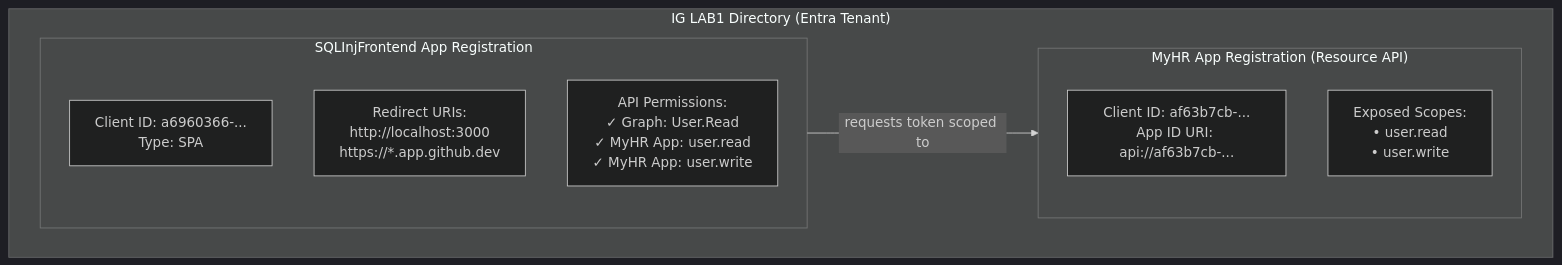
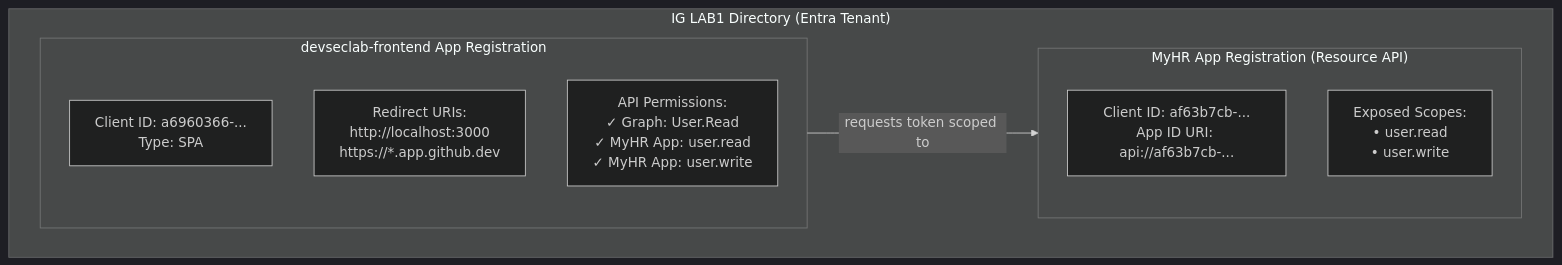
Before and after one commit to igorgroz/SQLInjectionLab: the seventh of 8 diagrams in Architecture.md, drawn with Mermaid (dark theme). The commit also changed other lines of this file and 39 other files, not shown here.

````diff
--- a/Architecture.md
+++ b/Architecture.md
@@ -183,18 +183,18 @@
 ```mermaid
 graph TB
     subgraph Tenant["IG LAB1 Directory (Entra Tenant)"]
 
-        subgraph FrontendApp["SQLInjFrontend App Registration"]
+        subgraph FrontendApp["devseclab-frontend App Registration"]
             FE_ID["Client ID: a6960366-...\nType: SPA"]
             FE_REDIR["Redirect URIs:\nhttp://localhost:3000\nhttps://*.app.github.dev"]
             FE_PERMS["API Permissions:\n✓ Graph: User.Read\n✓ MyHR App: user.read\n✓ MyHR App: user.write"]
         end
 
         subgraph BackendApp["MyHR App Registration (Resource API)"]
             BE_ID["Client ID: af63b7cb-...\nApp ID URI: api://af63b7cb-..."]
             BE_SCOPES["Exposed Scopes:\n• user.read\n• user.write"]
         end
     end
 
     FrontendApp -->|"requests token scoped to"| BackendApp
 ```
````
